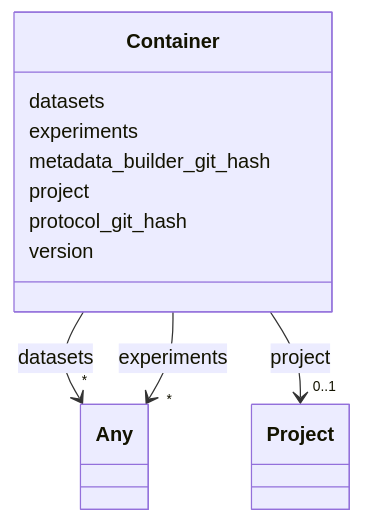
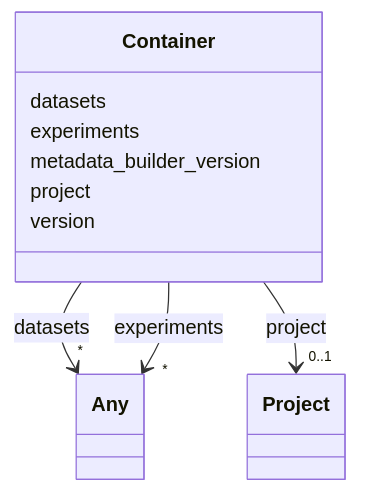
One commit to submarine-mrv/oae-data-protocol changed the diagram in pr-preview/pr-61/Container.md. Above: the diagram before and after it, drawn with Mermaid. The commit also changed other lines of this file and 537 other files, not shown here.

````diff
--- a/pr-preview/pr-61/Container.md
+++ b/pr-preview/pr-61/Container.md
@@ -14,39 +14,37 @@
 ```mermaid
  classDiagram
     class Container
     click Container href "../Container"
       Container : datasets
         
           
     
     
     Container --> "*" Any : datasets
     click Any href "../Any"
 
         
       Container : experiments
         
           
     
     
     Container --> "*" Any : experiments
     click Any href "../Any"
 
         
-      Container : metadata_builder_git_hash
+      Container : metadata_builder_version
         
       Container : project
         
           
     
     
     Container --> "0..1" Project : project
     click Project href "../Project"
 
         
-      Container : protocol_git_hash
-        
       Container : version
         
       
 ```
````
